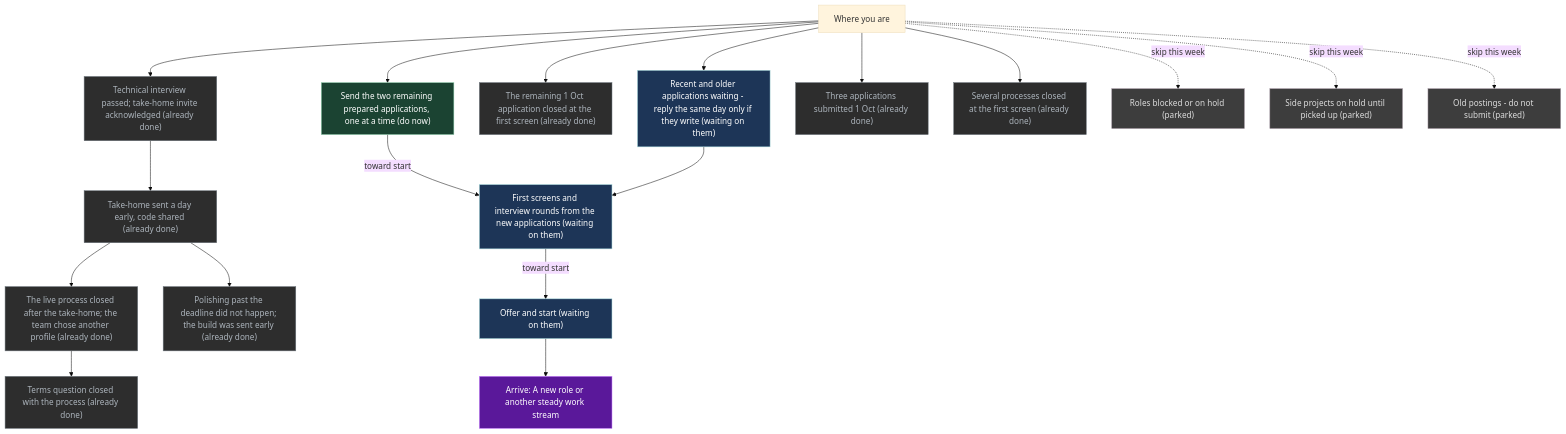
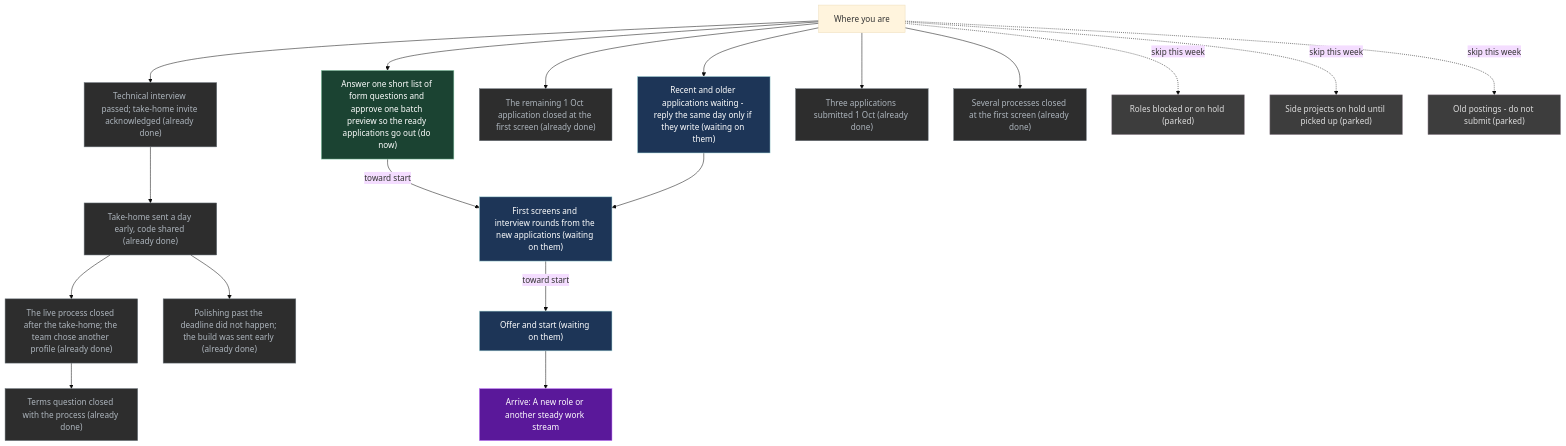
Before and after one commit to p10ns11y/life-os: the diagram in UI/Mission.md, drawn with Mermaid (base theme). The commit also changed other lines of this file, not shown here.

````diff
--- a/UI/Mission.md
+++ b/UI/Mission.md
@@ -69,47 +70,47 @@
 ```mermaid
 flowchart TB
   x["Where you are"]
   G["Arrive: A new role or another steady work stream"]
   S0["Technical interview passed; take-home invite acknowledged (already done)"]
   S4["Take-home sent a day early, code shared (already done)"]
   S4b["The live process closed after the take-home; the team chose another profile (already done)"]
-  S7["Send the two remaining prepared applications, one at a time (do now)"]
+  S7["Answer one short list of form questions and approve one batch preview so the ready applications go out (do now)"]
   S8["First screens and interview rounds from the new applications (waiting on them)"]
   S5["Offer and start (waiting on them)"]
   S6["The remaining 1 Oct application closed at the first screen (already done)"]
   S1["Recent and older applications waiting - reply the same day only if they write (waiting on them)"]
   R1["Terms question closed with the process (already done)"]
   R2["Polishing past the deadline did not happen; the build was sent early (already done)"]
   S3["Three applications submitted 1 Oct (already done)"]
   D1["Several processes closed at the first screen (already done)"]
   P1["Roles blocked or on hold (parked)"]
   P2["Side projects on hold until picked up (parked)"]
   P3["Old postings - do not submit (parked)"]
   x --> S0
   S0 --> S4
   S4 --> S4b
   x --> S7
   S7 -->|"toward start"| S8
   S1 --> S8
   S8 -->|"toward start"| S5
   x --> S6
   x --> S1
   S4b --> R1
   S4 --> R2
   x --> S3
   x --> D1
   x -.->|"skip this week"| P1
   x -.->|"skip this week"| P2
   x -.->|"skip this week"| P3
   S5 --> G
   classDef do fill:#1b4332,stroke:#95d5b2,color:#fff
   classDef wait fill:#1d3557,stroke:#a8dadc,color:#fff
   classDef park fill:#3d3d3d,stroke:#9a8c98,color:#ddd
   classDef done fill:#2d2d2d,stroke:#6c757d,color:#adb5bd
   classDef goal fill:#5a189a,stroke:#c77dff,color:#fff
   class G goal
   class S7 do
   class S8,S5,S1 wait
   class P1,P2,P3 park
   class S0,S4,S4b,S6,R1,R2,S3,D1 done
 ```
````
